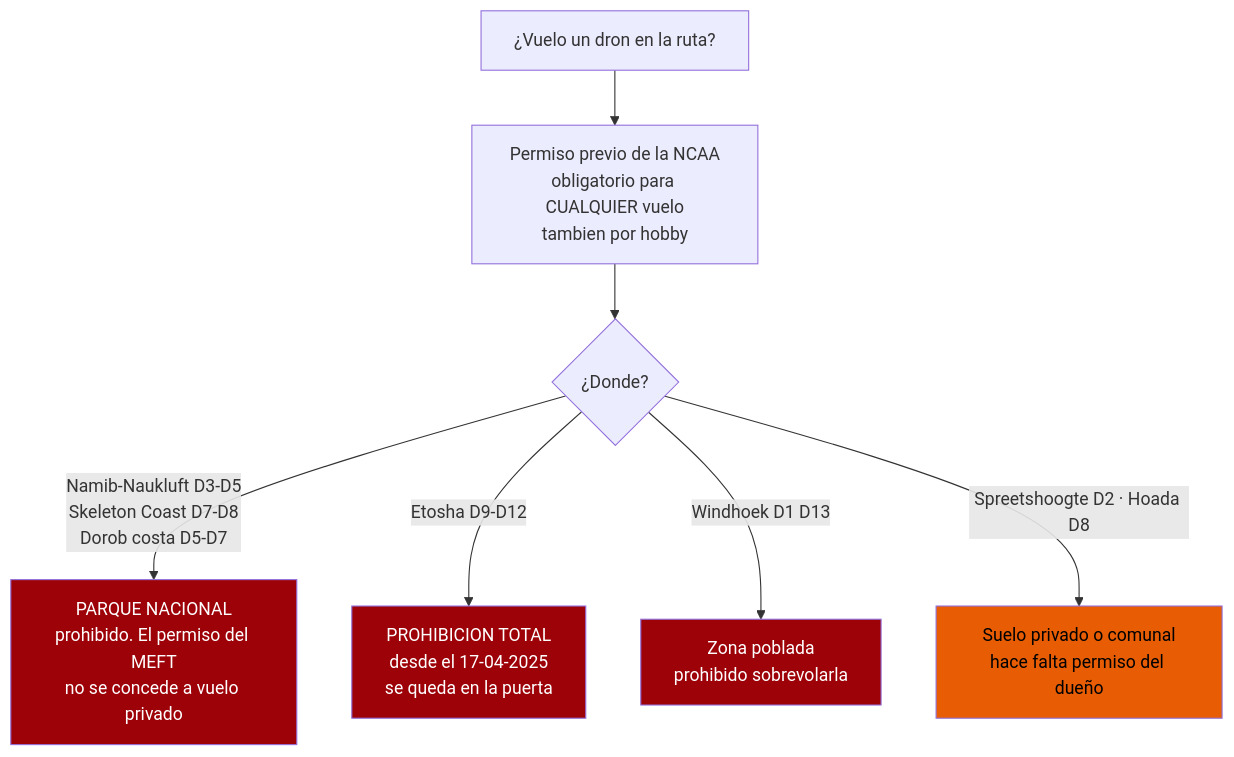
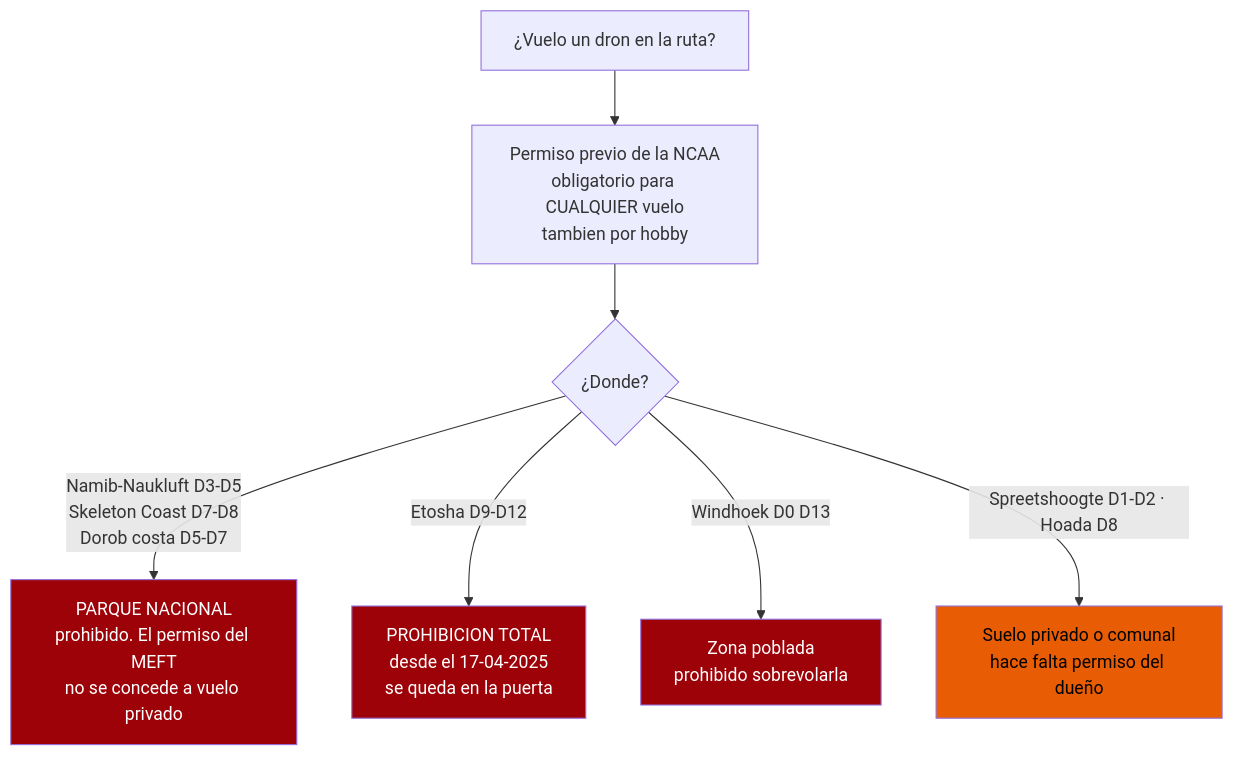
The first of 4 diagrams in 11-lista-google-maps.md (morandeirachema/namibia), drawn with Mermaid before and after one commit. The commit also changed 17 other files, not shown here.

Commit message:
Auditoria del calendario: la ruta cabe exacta (15 dias, 14 noches) y la noche del domingo cerrado de Windhoek se muda a 2ª de Spreetshoogte; D0 y D14 estrenan plan horario y la facturacion queda medida (cierra 19:45)

````diff
--- a/11-lista-google-maps.md
+++ b/11-lista-google-maps.md
@@ -73,13 +73,13 @@
 ```mermaid
 flowchart TD
     A["¿Vuelo un dron en la ruta?"] --> B["Permiso previo de la NCAA<br/>obligatorio para CUALQUIER vuelo<br/>tambien por hobby"]
     B --> C{"¿Donde?"}
     C -->|"Namib-Naukluft D3-D5<br/>Skeleton Coast D7-D8<br/>Dorob costa D5-D7"| D["PARQUE NACIONAL<br/>prohibido. El permiso del MEFT<br/>no se concede a vuelo privado"]
     C -->|"Etosha D9-D12"| E["PROHIBICION TOTAL<br/>desde el 17-04-2025<br/>se queda en la puerta"]
-    C -->|"Windhoek D1 D13"| F["Zona poblada<br/>prohibido sobrevolarla"]
-    C -->|"Spreetshoogte D2 · Hoada D8"| G["Suelo privado o comunal<br/>hace falta permiso del dueño"]
+    C -->|"Windhoek D0 D13"| F["Zona poblada<br/>prohibido sobrevolarla"]
+    C -->|"Spreetshoogte D1-D2 · Hoada D8"| G["Suelo privado o comunal<br/>hace falta permiso del dueño"]
     style D fill:#9d0208,color:#fff
     style E fill:#9d0208,color:#fff
     style F fill:#9d0208,color:#fff
     style G fill:#e85d04,color:#000
 ```
````
